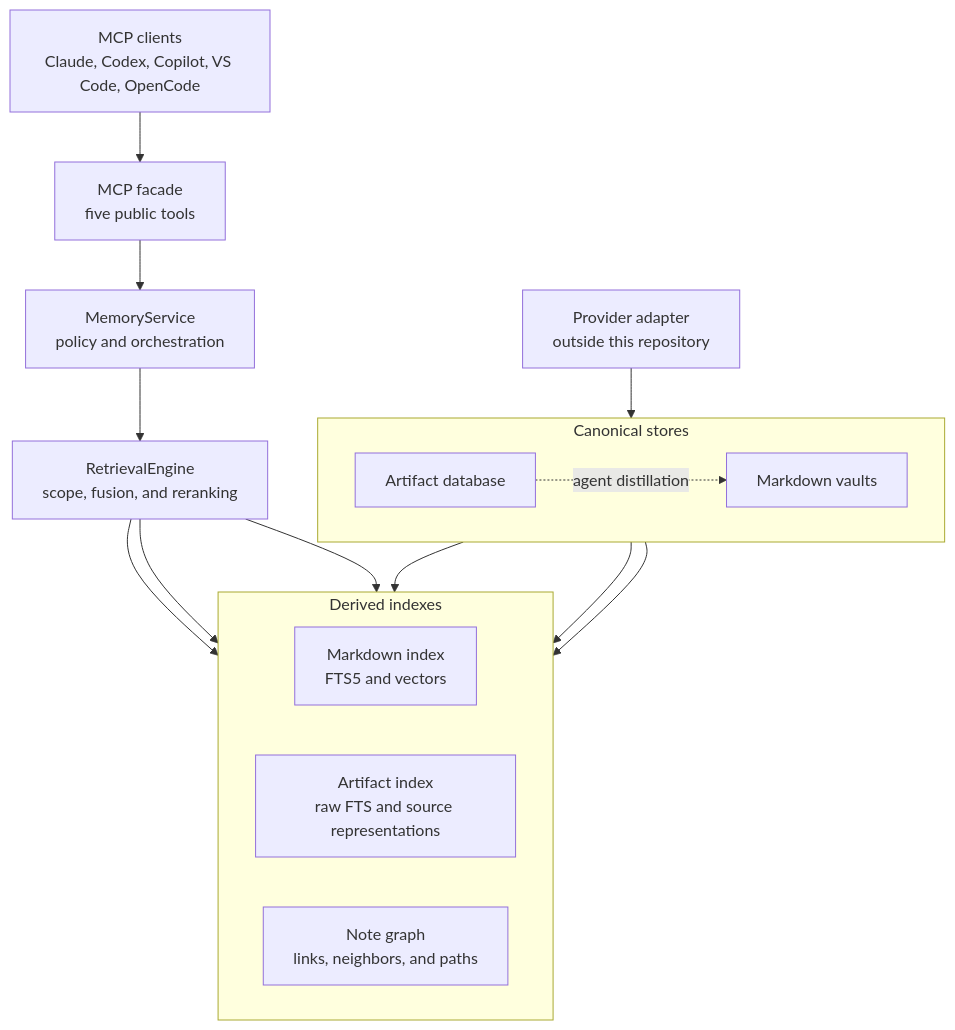
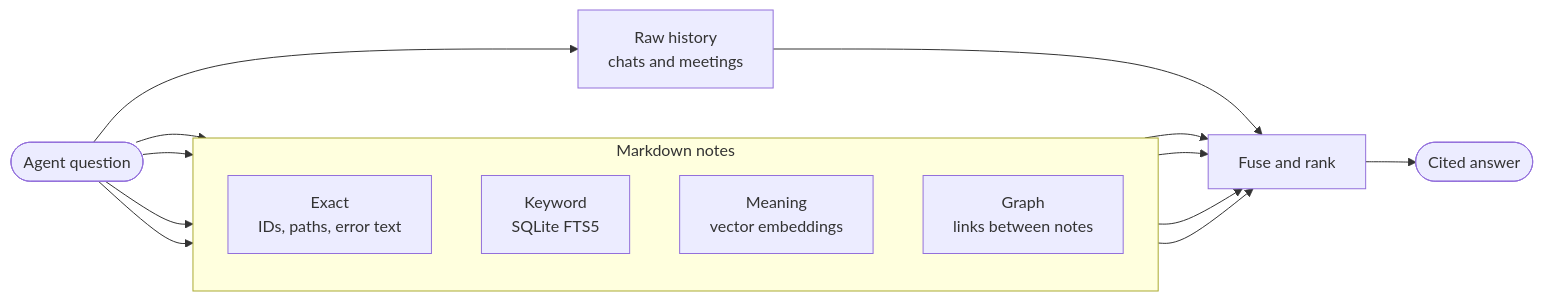
One commit to moorej2400/ai-memory-mcp changed the first of 3 diagrams in README.md. Above: the diagram before and after it, drawn with Mermaid. The commit also changed other lines of this file and 2 other files, not shown here.

````diff
--- a/README.md
+++ b/README.md
@@ -34,34 +28,20 @@
 ```mermaid
-flowchart TB
-    Clients["MCP clients<br/>Claude, Codex, Copilot, VS Code, OpenCode"]
-    Facade["MCP facade<br/>five public tools"]
-    Service["MemoryService<br/>policy and orchestration"]
-    Engine["RetrievalEngine<br/>scope, fusion, and reranking"]
+flowchart LR
+    Q(["Agent question"])
 
-    subgraph Derived["Derived indexes"]
-        direction LR
-        MdIndex["Markdown index<br/>FTS5 and vectors"]
-        ArtIndex["Artifact index<br/>raw FTS and source representations"]
-        Graph["Note graph<br/>links, neighbors, and paths"]
+    subgraph Notes["Markdown notes"]
+        direction TB
+        E["Exact<br/>IDs, paths, error text"]
+        K["Keyword<br/>SQLite FTS5"]
+        S["Meaning<br/>vector embeddings"]
+        G["Graph<br/>links between notes"]
     end
 
-    subgraph Canonical["Canonical stores"]
-        direction LR
-        Vaults["Markdown vaults"]
-        Store["Artifact database"]
-    end
+    H["Raw history<br/>chats and meetings"]
+    F["Fuse and rank"]
+    A(["Cited answer"])
 
-    Provider["Provider adapter<br/>outside this repository"]
-
-    Clients --> Facade
-    Facade --> Service
-    Service --> Engine
-    Engine --> MdIndex
-    Engine --> ArtIndex
-    Engine --> Graph
-    Vaults --> MdIndex
-    Vaults --> Graph
-    Store --> ArtIndex
-    Provider --> Store
-    Store -. agent distillation .-> Vaults
+    Q --> E & K & S & G & H
+    E & K & S & G & H --> F
+    F --> A
 ```
````
